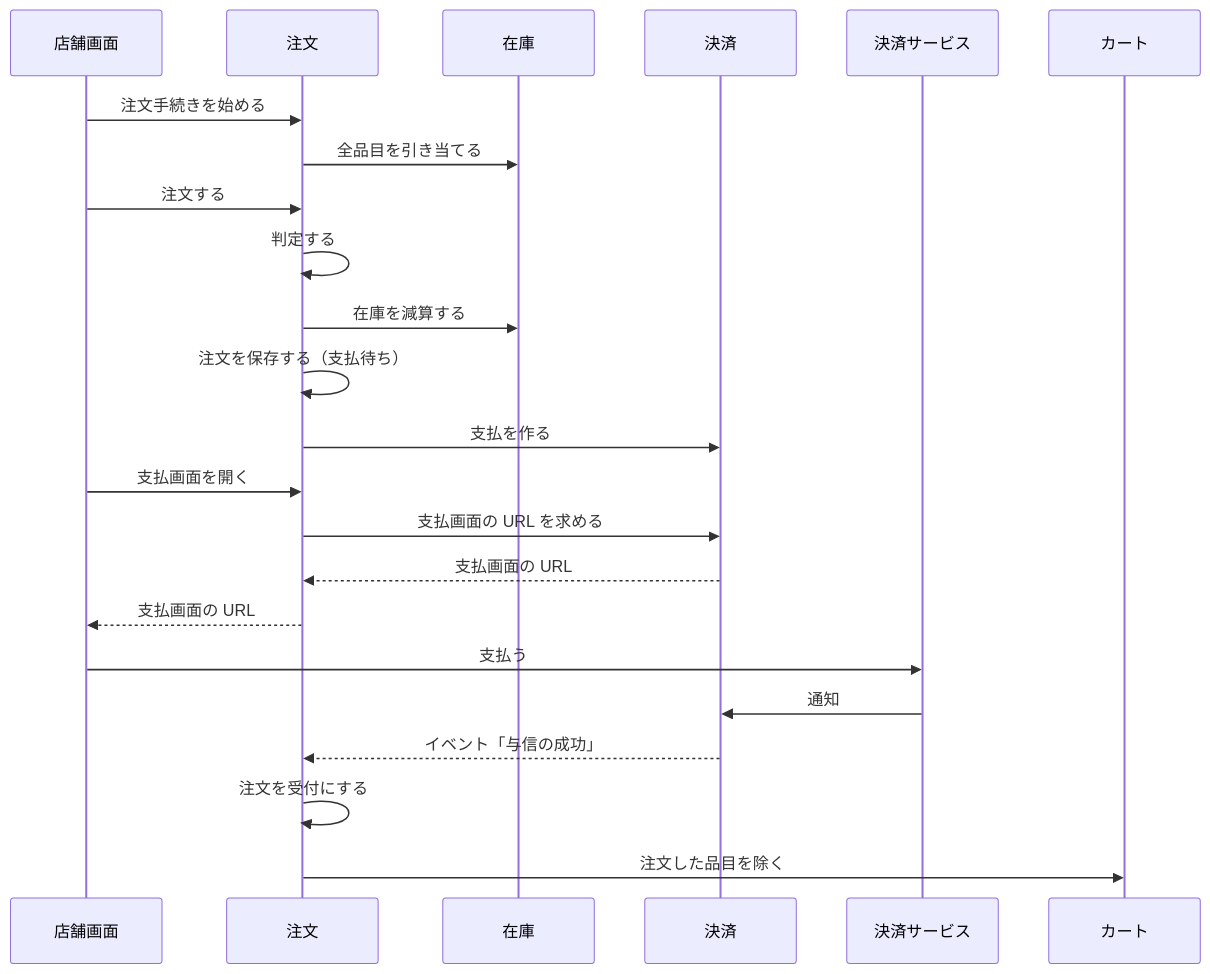
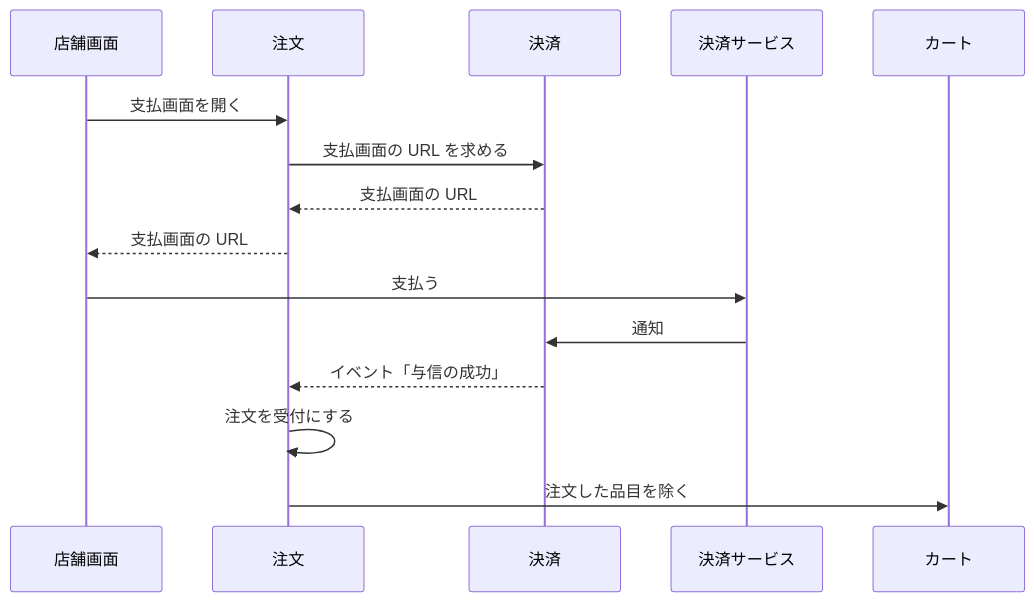
One commit to roger88106/ec-site changed the second of 3 diagrams in docs/02-設計/order.md. Above: the diagram before and after it, drawn with Mermaid. The commit also changed other lines of this file and 18 other files, not shown here.

````diff
--- a/docs/02-設計/order.md
+++ b/docs/02-設計/order.md
@@ -26,25 +45,17 @@
 ```mermaid
 sequenceDiagram
     participant U as 店舗画面
     participant O as 注文
-    participant I as 在庫
     participant P as 決済
     participant G as 決済サービス
     participant C as カート
-    U->>O: 注文手続きを始める
-    O->>I: 全品目を引き当てる
-    U->>O: 注文する
-    O->>O: 判定する
-    O->>I: 在庫を減算する
-    O->>O: 注文を保存する（支払待ち）
-    O->>P: 支払を作る
     U->>O: 支払画面を開く
     O->>P: 支払画面の URL を求める
     P-->>O: 支払画面の URL
     O-->>U: 支払画面の URL
     U->>G: 支払う
     G->>P: 通知
     P-->>O: イベント「与信の成功」
     O->>O: 注文を受付にする
     O->>C: 注文した品目を除く
 ```
````
